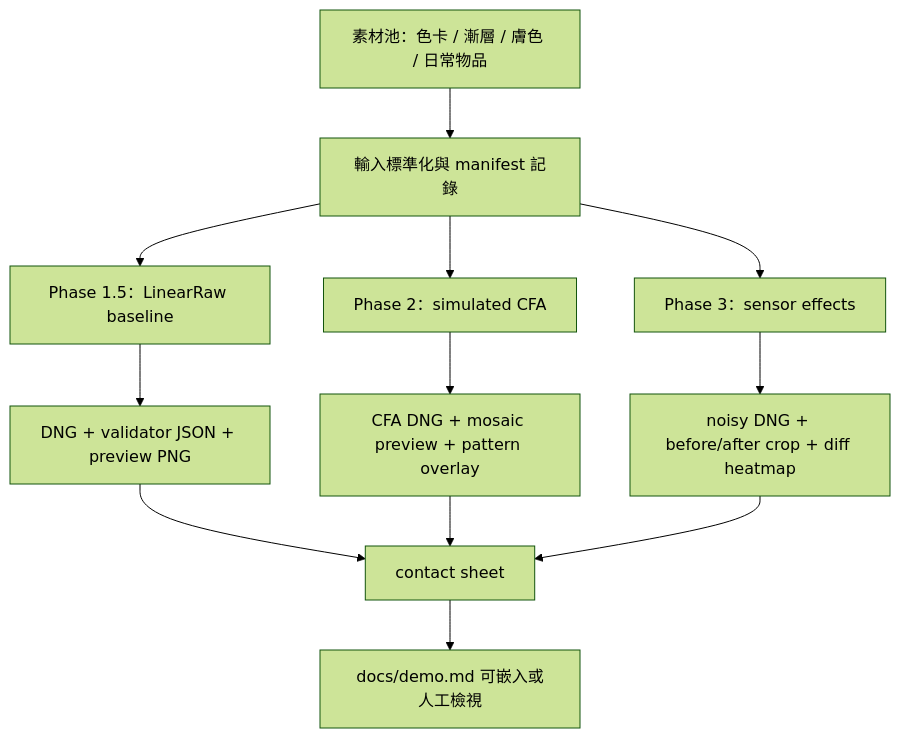
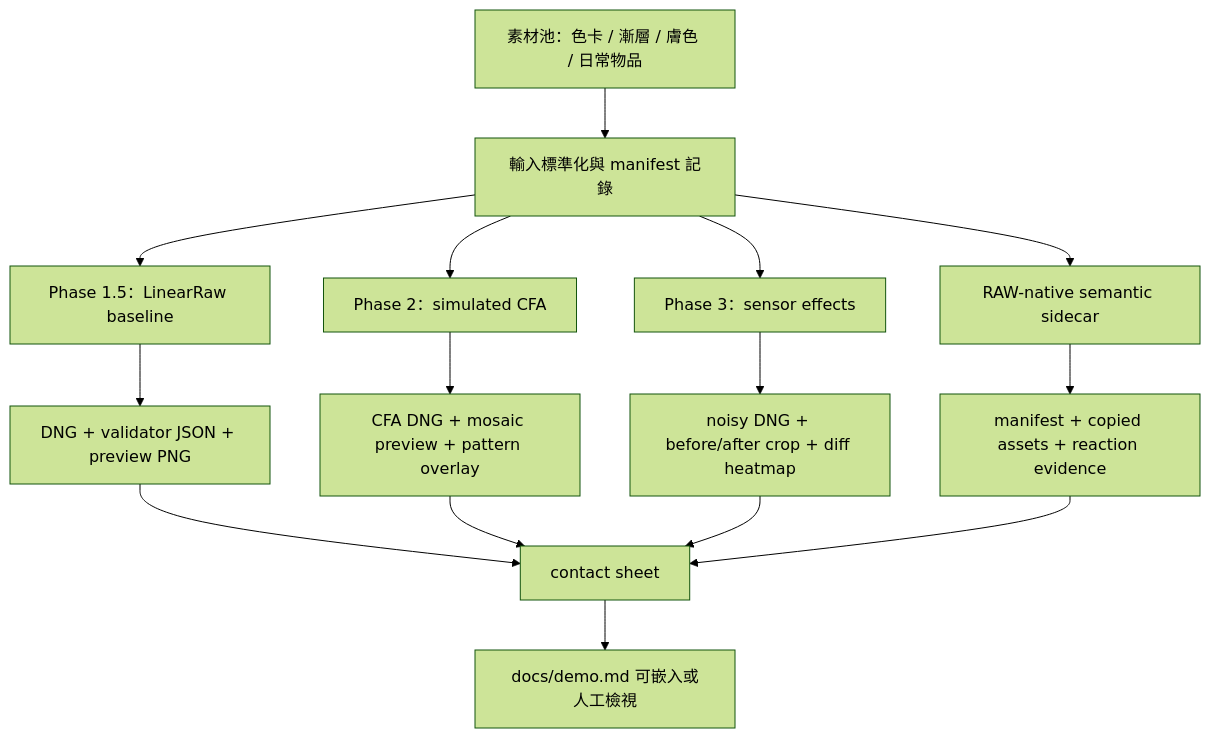
One commit to pingqLIN/Image-to-Raw changed the diagram in docs/i18n/zh-TW/demo-visualization-workflow.md. Above: the diagram before and after it, drawn with Mermaid (forest theme). The commit also changed other lines of this file and 1 other file, not shown here.

Commit message:
Refresh demo semantic evidence docs

````diff
--- a/docs/i18n/zh-TW/demo-visualization-workflow.md
+++ b/docs/i18n/zh-TW/demo-visualization-workflow.md
@@ -118,14 +118,17 @@
 ```mermaid
 flowchart TD
   A["素材池：色卡 / 漸層 / 膚色 / 日常物品"] --> B["輸入標準化與 manifest 記錄"]
   B --> C["Phase 1.5：LinearRaw baseline"]
   C --> C1["DNG + validator JSON + preview PNG"]
   B --> D["Phase 2：simulated CFA"]
   D --> D1["CFA DNG + mosaic preview + pattern overlay"]
   B --> E["Phase 3：sensor effects"]
   E --> E1["noisy DNG + before/after crop + diff heatmap"]
+  B --> S["RAW-native semantic sidecar"]
+  S --> S1["manifest + copied assets + reaction evidence"]
   C1 --> F["contact sheet"]
   D1 --> F
   E1 --> F
+  S1 --> F
   F --> G["docs/demo.md 可嵌入或人工檢視"]
 ```
````
